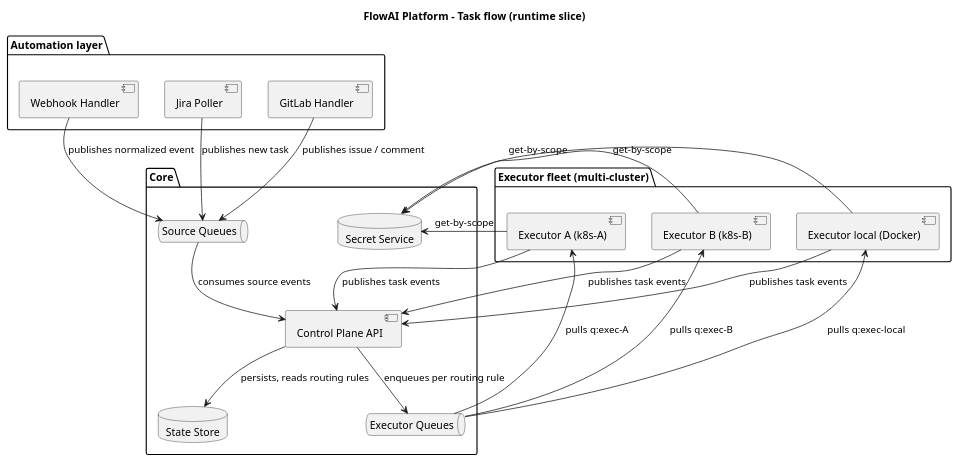
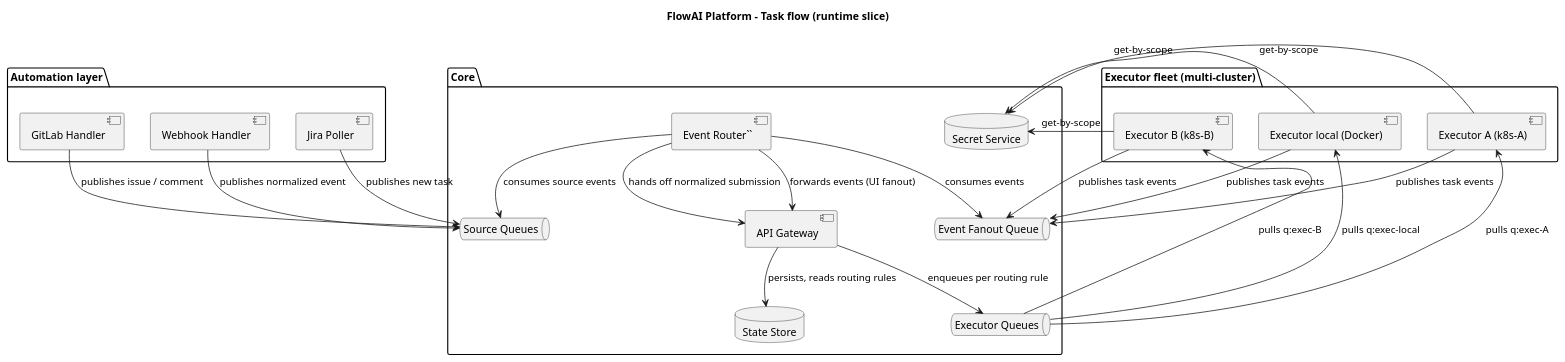
The diagram in docs/architecture/diagrams/02-containers.puml (pandops/flowai), drawn with PlantUML before and after one commit. The commit also changed 79 other files, not shown here.

Commit message:
feat: Restart architecture processes

```diff
--- a/docs/architecture/diagrams/02-containers.puml
+++ b/docs/architecture/diagrams/02-containers.puml
@@ -1,43 +1,53 @@
 @startuml 02-containers
 
 !pragma layout smetana lefttoright
 
 title FlowAI Platform - Task flow (runtime slice)
 
 package "Automation layer" {
     [Webhook Handler] as wh
     [Jira Poller] as jira
     [GitLab Handler] as gl
 }
 
 package "Core" {
-    [Control Plane API] as api
+    [API Gateway] as gw
+    [Event Router``] as er
     database "State Store" as pg
     queue "Source Queues" as qsrc
     queue "Executor Queues" as qexec
+    queue "Event Fanout Queue" as qevt
     database "Secret Service" as sec
 }
 
 package "Executor fleet (multi-cluster)" {
     [Executor A (k8s-A)] as exA
     [Executor B (k8s-B)] as exB
     [Executor local (Docker)] as exL
 }
 
 wh --> qsrc : publishes normalized event
 jira --> qsrc : publishes new task
 gl --> qsrc : publishes issue / comment
-qsrc --> api : consumes source events
-api --> pg : persists, reads routing rules
-api --> qexec : enqueues per routing rule
+
+er --> qsrc : consumes source events
+er --> gw : hands off normalized submission
+gw --> pg : persists, reads routing rules
+gw --> qexec : enqueues per routing rule
+
 qexec --> exA : pulls q:exec-A
 qexec --> exB : pulls q:exec-B
 qexec --> exL : pulls q:exec-local
+
 exA --> sec : get-by-scope
 exB --> sec : get-by-scope
 exL --> sec : get-by-scope
-exA --> api : publishes task events
-exB --> api : publishes task events
-exL --> api : publishes task events
+
+exA --> qevt : publishes task events
+exB --> qevt : publishes task events
+exL --> qevt : publishes task events
+
+er --> qevt : consumes events
+er --> gw : forwards events (UI fanout)
 
 @enduml
```
